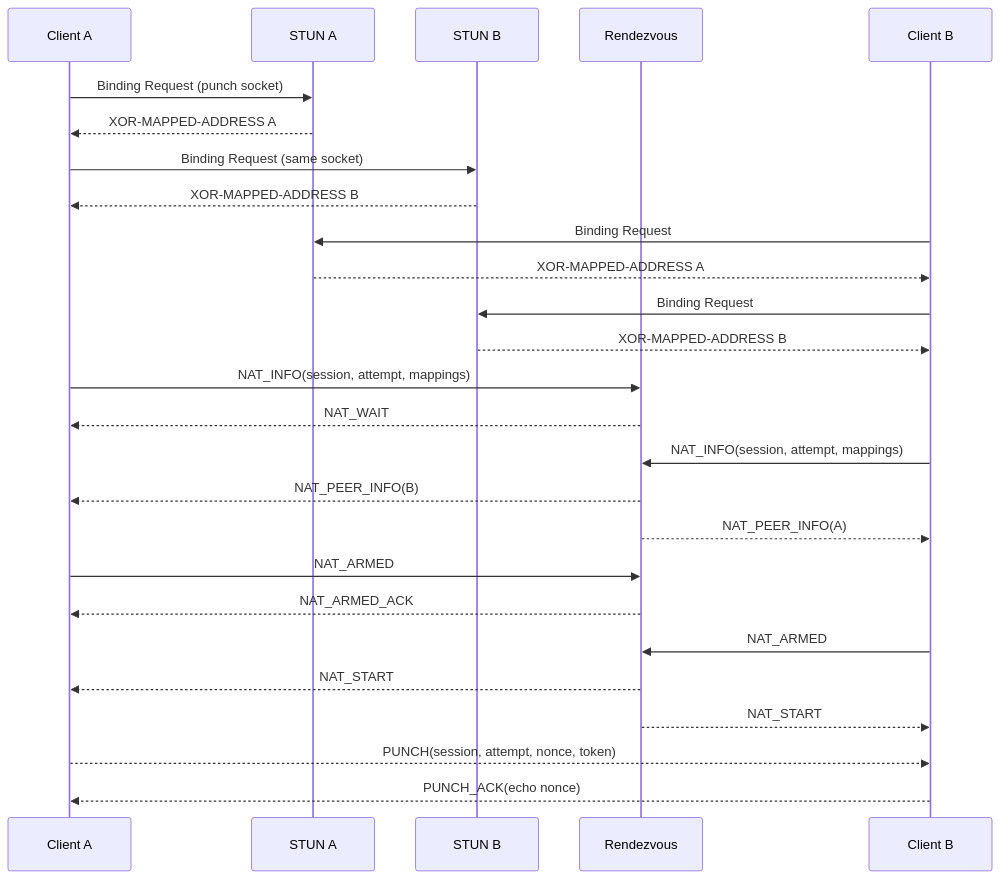
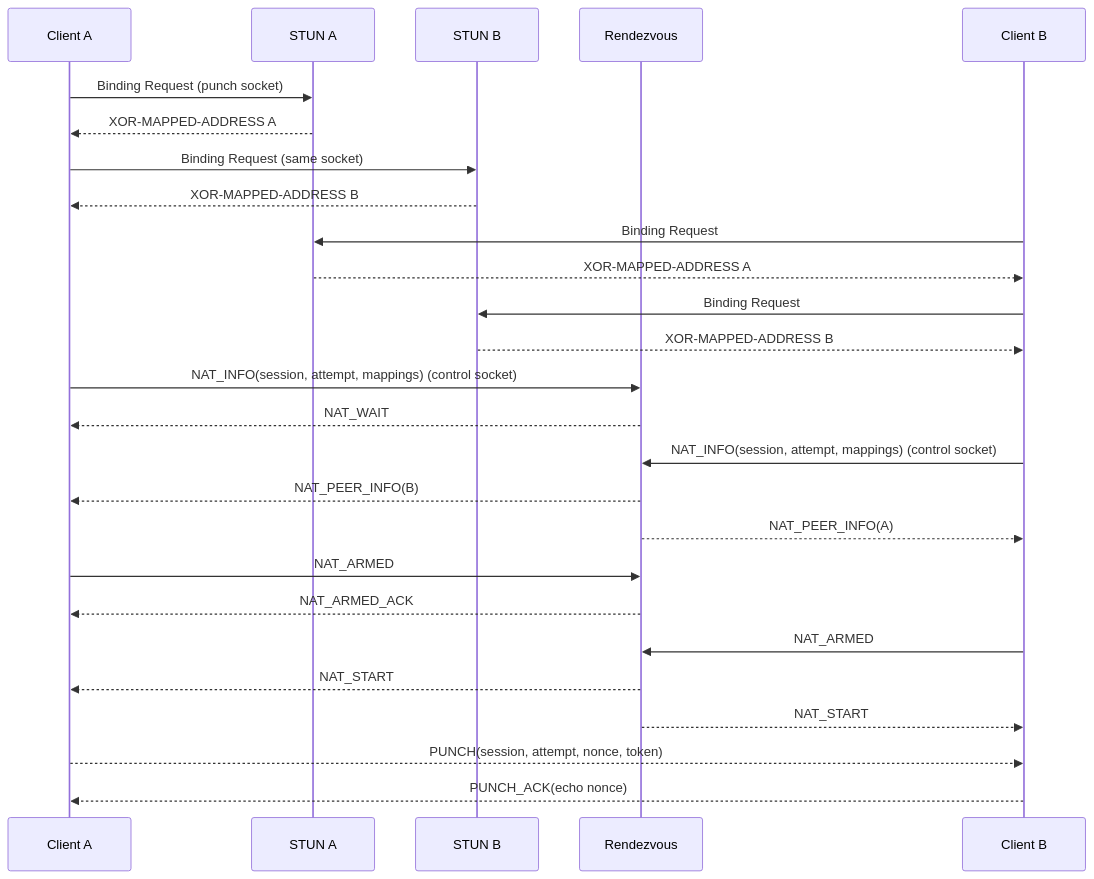
One commit to celeron633/EasyTunnel changed the second of 4 diagrams in doc/state-machine.md. Above: the diagram before and after it, drawn with Mermaid. The commit also changed other lines of this file and 3 other files, not shown here.

Commit message:
docs(nat): document control channel synchronization

````diff
--- a/doc/state-machine.md
+++ b/doc/state-machine.md
@@ -51,29 +51,29 @@
 ```mermaid
 sequenceDiagram
     participant A as Client A
     participant SA as STUN A
     participant SB as STUN B
     participant R as Rendezvous
     participant B as Client B
 
     A->>SA: Binding Request (punch socket)
     SA-->>A: XOR-MAPPED-ADDRESS A
     A->>SB: Binding Request (same socket)
     SB-->>A: XOR-MAPPED-ADDRESS B
     B->>SA: Binding Request
     SA-->>B: XOR-MAPPED-ADDRESS A
     B->>SB: Binding Request
     SB-->>B: XOR-MAPPED-ADDRESS B
-    A->>R: NAT_INFO(session, attempt, mappings)
+    A->>R: NAT_INFO(session, attempt, mappings) (control socket)
     R-->>A: NAT_WAIT
-    B->>R: NAT_INFO(session, attempt, mappings)
+    B->>R: NAT_INFO(session, attempt, mappings) (control socket)
     R-->>A: NAT_PEER_INFO(B)
     R-->>B: NAT_PEER_INFO(A)
     A->>R: NAT_ARMED
     R-->>A: NAT_ARMED_ACK
     B->>R: NAT_ARMED
     R-->>A: NAT_START
     R-->>B: NAT_START
     A-->>B: PUNCH(session, attempt, nonce, token)
     B-->>A: PUNCH_ACK(echo nonce)
 ```
````
